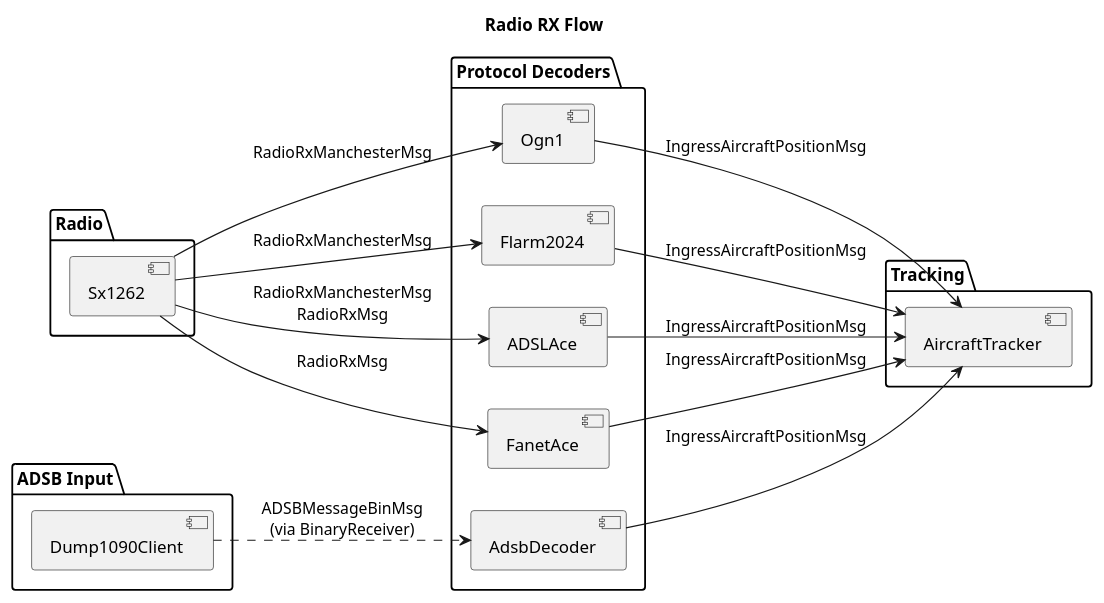
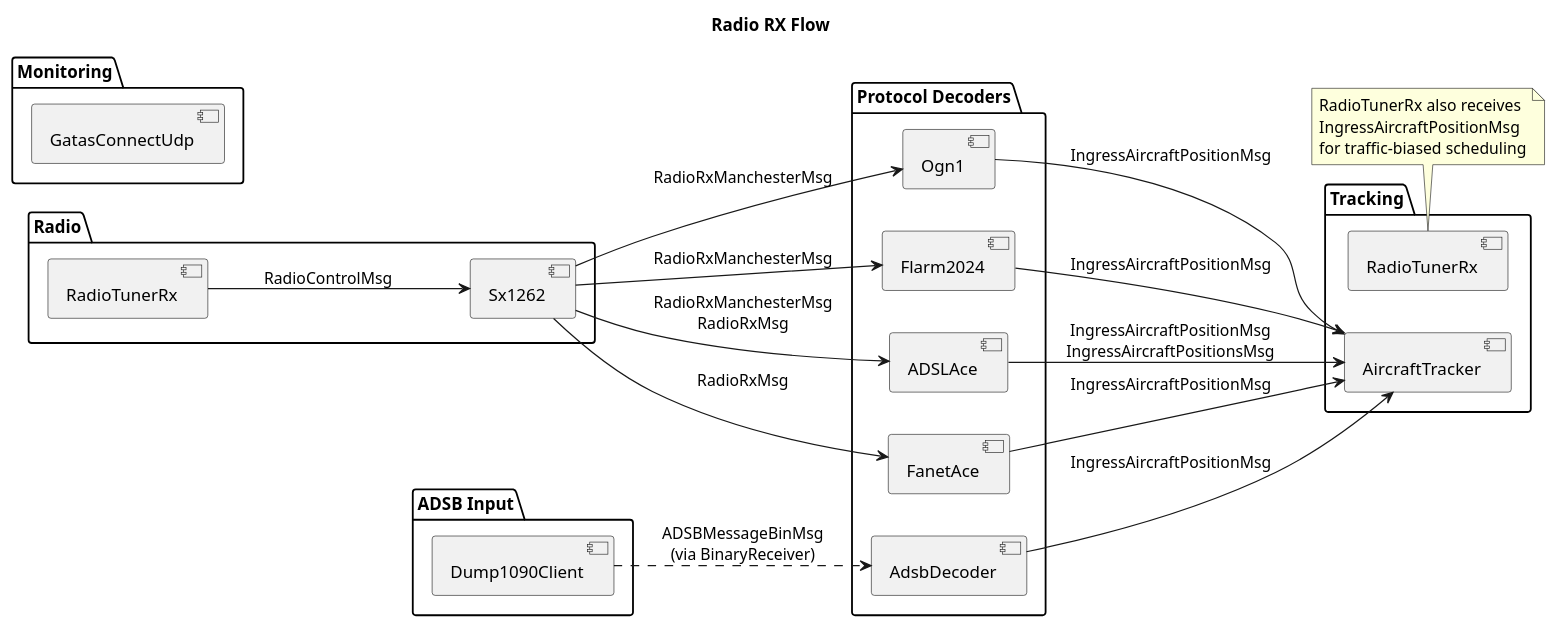
One commit to rvt/openace changed the third of 7 diagrams in doc/message-bus.md. Above: the diagram before and after it, drawn with PlantUML. The commit also changed other lines of this file and 8 other files, not shown here.

````diff
--- a/doc/message-bus.md
+++ b/doc/message-bus.md
@@ -119,44 +159,53 @@
 ```plantuml
 
 ' =====================================================================
 ' RADIO RX FLOW
 ' =====================================================================
 @startuml
 title Radio RX Flow
 
 left to right direction
 
 package "Radio" {
     [Sx1262]
+    [RadioTunerRx]
 }
 
 package "ADSB Input" {
     [Dump1090Client]
 }
 
 package "Protocol Decoders" {
     [Ogn1]
     [Flarm2024]
     [ADSLAce]
     [FanetAce]
     [AdsbDecoder]
 }
 
 package "Tracking" {
     [AircraftTracker]
+    [RadioTunerRx] as RTRx2
 }
 
+package "Monitoring" {
+    [GatasConnectUdp]
+}
+
+[RadioTunerRx] --> [Sx1262] : RadioControlMsg
 [Sx1262] --> [Ogn1] : RadioRxManchesterMsg
 [Sx1262] --> [Flarm2024] : RadioRxManchesterMsg
 [Sx1262] --> [ADSLAce] : RadioRxManchesterMsg\nRadioRxMsg
 [Sx1262] --> [FanetAce] : RadioRxMsg
 [Dump1090Client] ..> [AdsbDecoder] : ADSBMessageBinMsg\n(via BinaryReceiver)
 
 [Ogn1] --> [AircraftTracker] : IngressAircraftPositionMsg
 [Flarm2024] --> [AircraftTracker] : IngressAircraftPositionMsg
-[ADSLAce] --> [AircraftTracker] : IngressAircraftPositionMsg
+[ADSLAce] --> [AircraftTracker] : IngressAircraftPositionMsg\nIngressAircraftPositionsMsg
 [FanetAce] --> [AircraftTracker] : IngressAircraftPositionMsg
 [AdsbDecoder] --> [AircraftTracker] : IngressAircraftPositionMsg
 
+note bottom of RTRx2 : RadioTunerRx also receives\nIngressAircraftPositionMsg\nfor traffic-biased scheduling
+
 @enduml
 ```
````
